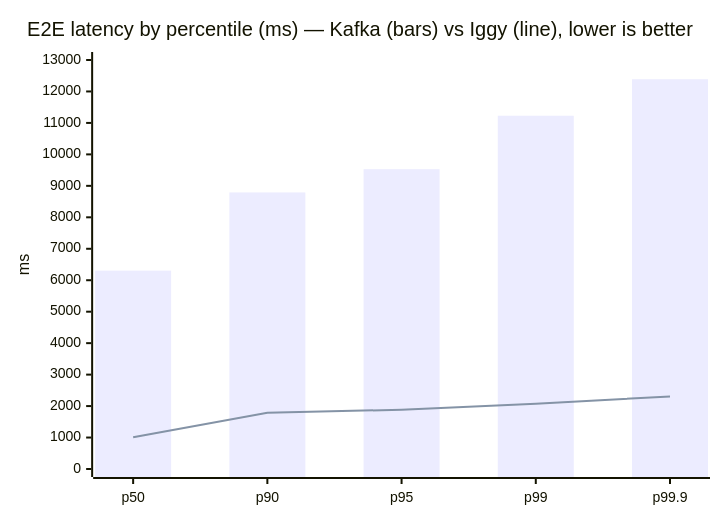
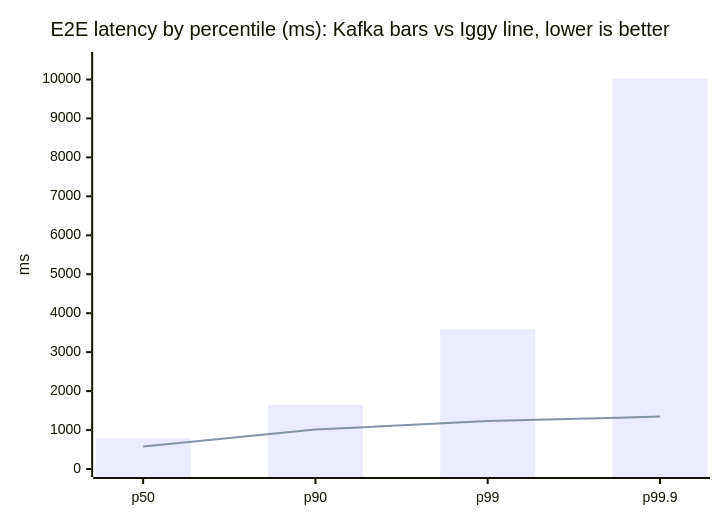
Before and after one commit to velodb/velodb-demos: the fourth of 4 diagrams in iggy/bench/README.md, drawn with Mermaid. The commit also changed other lines of this file and 9 other files, not shown here.

````diff
--- a/iggy/bench/README.md
+++ b/iggy/bench/README.md
@@ -199,8 +220,8 @@
 ```mermaid
 xychart-beta
-    title "E2E latency by percentile (ms) — Kafka (bars) vs Iggy (line), lower is better"
-    x-axis ["p50", "p90", "p95", "p99", "p99.9"]
-    y-axis "ms" 0 --> 13000
-    bar [6305, 8790, 9529, 11228, 12389]
-    line [1006, 1788, 1883, 2071, 2307]
+    title "E2E latency by percentile (ms): Kafka bars vs Iggy line, lower is better"
+    x-axis ["p50", "p90", "p99", "p99.9"]
+    y-axis "ms" 0 --> 10500
+    bar [789, 1646, 3588, 10022]
+    line [577, 1011, 1232, 1346]
 ```
````
